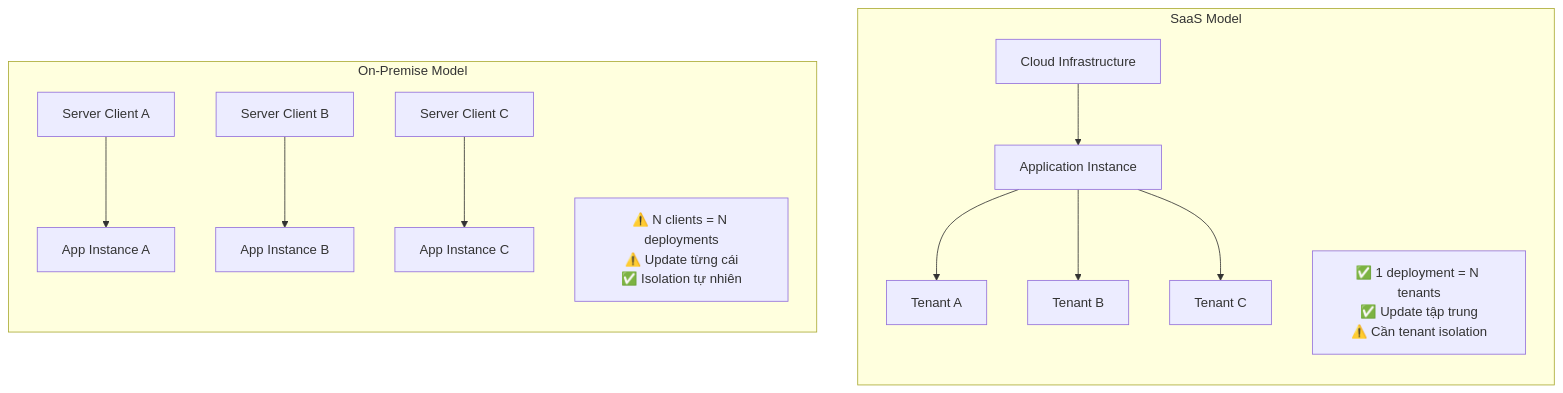
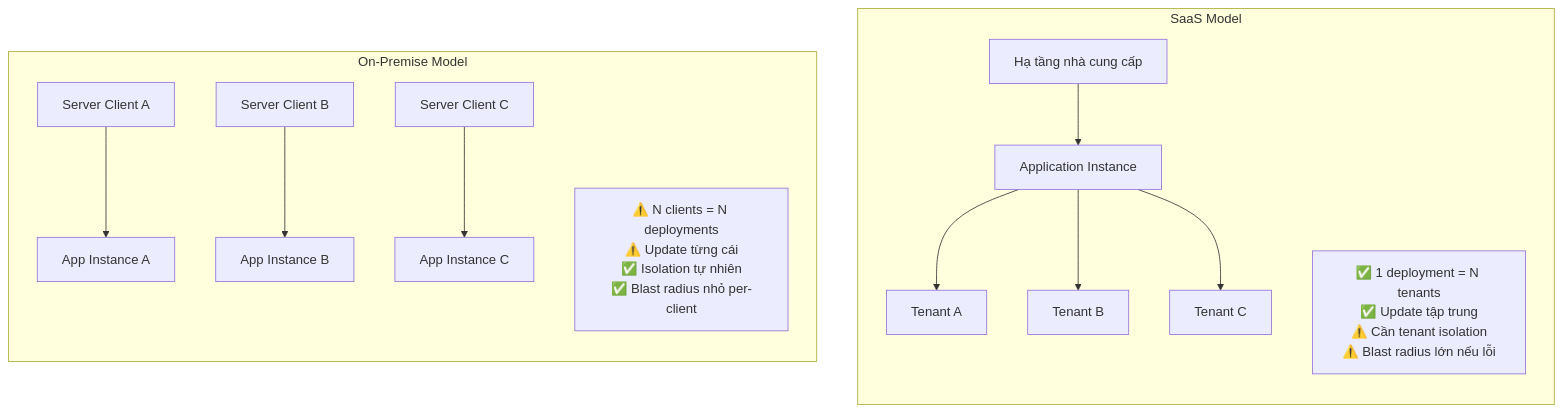
The first of 2 diagrams in docs/02-saas/02-so-sanh-saas-vs-on-premise.md (quangducnguyen1205/erp-accounting-lab-phase1-viettel), drawn with Mermaid before and after one commit. The commit also changed other lines of this file and 5 other files, not shown here.

````diff
--- a/docs/02-saas/02-so-sanh-saas-vs-on-premise.md
+++ b/docs/02-saas/02-so-sanh-saas-vs-on-premise.md
@@ -25,34 +27,34 @@
 ```mermaid
 graph TB
     subgraph "SaaS Model"
         direction TB
-        CLOUD[Cloud Infrastructure]
+        CLOUD[Hạ tầng nhà cung cấp]
         APP_S[Application Instance]
-        
+
         T1_S[Tenant A]
         T2_S[Tenant B]
         T3_S[Tenant C]
-        
+
         CLOUD --> APP_S
         APP_S --> T1_S & T2_S & T3_S
-        
-        note1["✅ 1 deployment = N tenants<br/>✅ Update tập trung<br/>⚠️ Cần tenant isolation"]
+
+        note1["✅ 1 deployment = N tenants<br/>✅ Update tập trung<br/>⚠️ Cần tenant isolation<br/>⚠️ Blast radius lớn nếu lỗi"]
     end
-    
+
     subgraph "On-Premise Model"
         direction TB
         C1[Server Client A]
-        C2[Server Client B]  
+        C2[Server Client B]
         C3[Server Client C]
-        
+
         A1[App Instance A]
         A2[App Instance B]
         A3[App Instance C]
-        
+
         C1 --> A1
         C2 --> A2
         C3 --> A3
-        
-        note2["⚠️ N clients = N deployments<br/>⚠️ Update từng cái<br/>✅ Isolation tự nhiên"]
+
+        note2["⚠️ N clients = N deployments<br/>⚠️ Update từng cái<br/>✅ Isolation tự nhiên<br/>✅ Blast radius nhỏ per-client"]
     end
 ```
````
